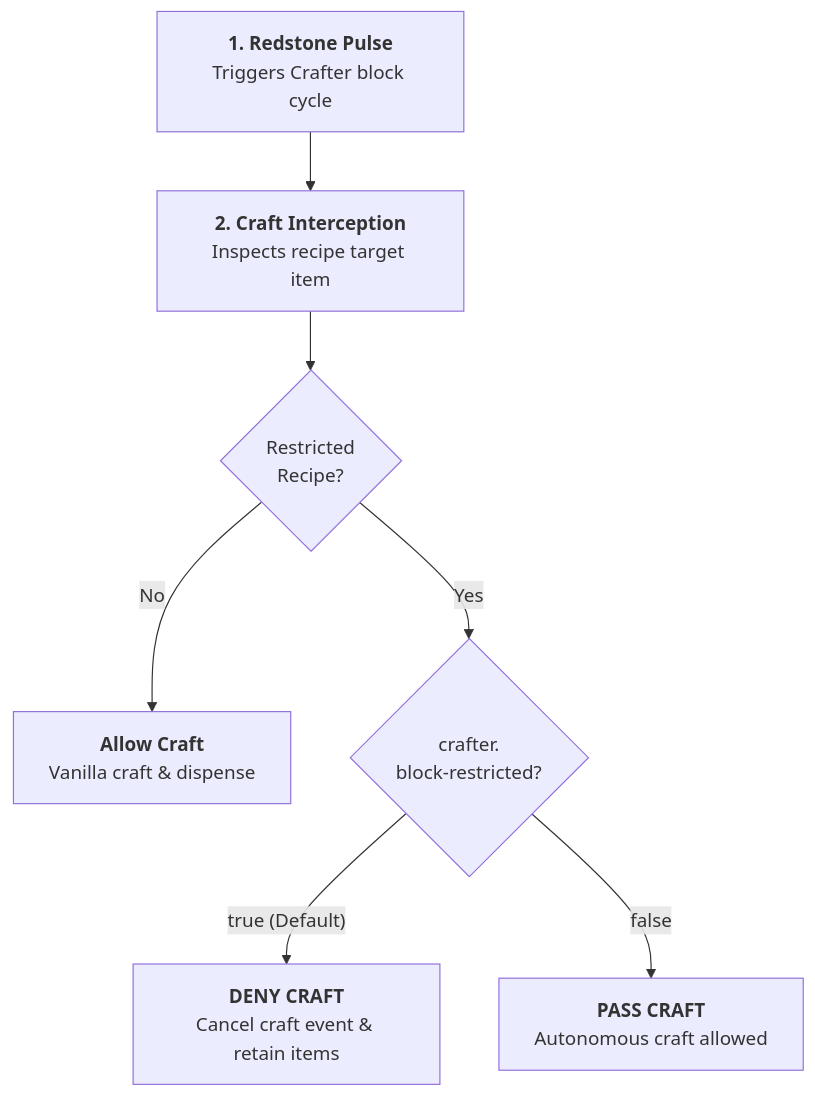
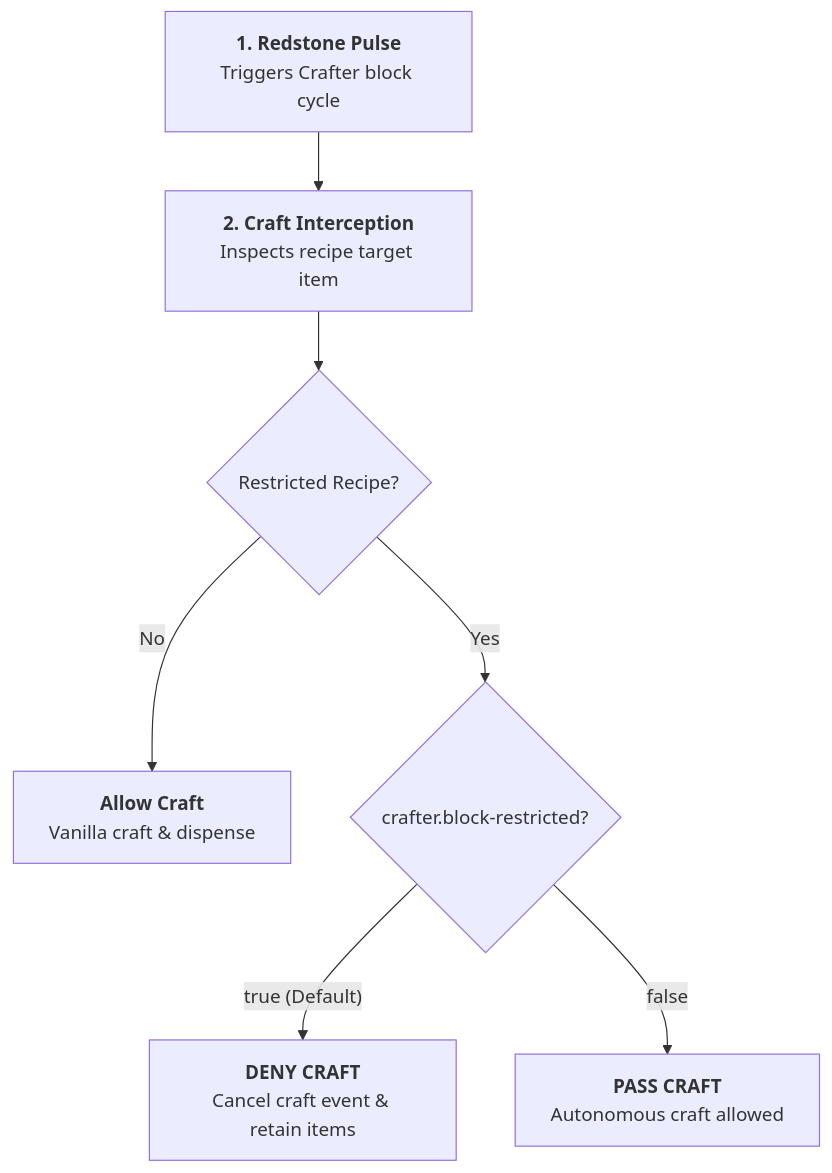
The second of 2 diagrams in docs/mechanics/crafter-automation.md (XZtotal/CraftingBlueprints-Wiki), drawn with Mermaid before and after one commit. The commit also changed 4 other files, not shown here.

Commit message:
style(docs): widen flowchart node labels and set wrappingWidth to 360px with minNodeWidth 160px

````diff
--- a/docs/mechanics/crafter-automation.md
+++ b/docs/mechanics/crafter-automation.md
@@ -30,17 +30,17 @@
 ```mermaid
 flowchart TD
     Pulse["<b>1. Redstone Pulse</b><br/>Triggers Crafter block cycle"]
     Intercept["<b>2. Craft Interception</b><br/>Inspects recipe target item"]
-    Check{"Restricted<br/>Recipe?"}
+    Check{"Restricted Recipe?"}
     Allow["<b>Allow Craft</b><br/>Vanilla craft &amp; dispense"]
-    Config{"crafter.<br/>block-restricted?"}
+    Config{"crafter.block-restricted?"}
     Block["<b>DENY CRAFT</b><br/>Cancel craft event &amp; retain items"]
     Pass["<b>PASS CRAFT</b><br/>Autonomous craft allowed"]
 
     Pulse --> Intercept
     Intercept --> Check
     Check -->|No| Allow
     Check -->|Yes| Config
     Config -->|"true (Default)"| Block
     Config -->|false| Pass
 ```
````
